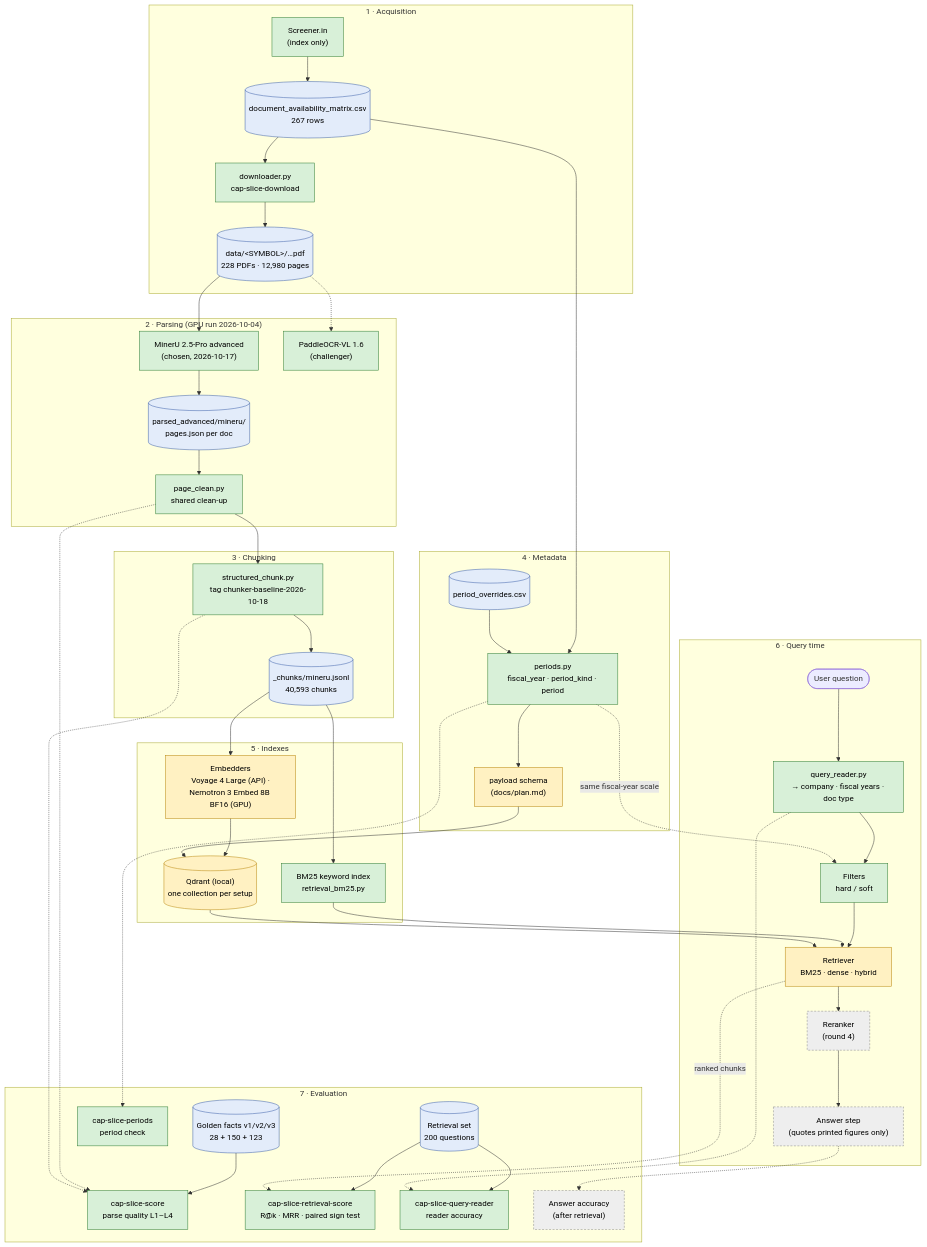
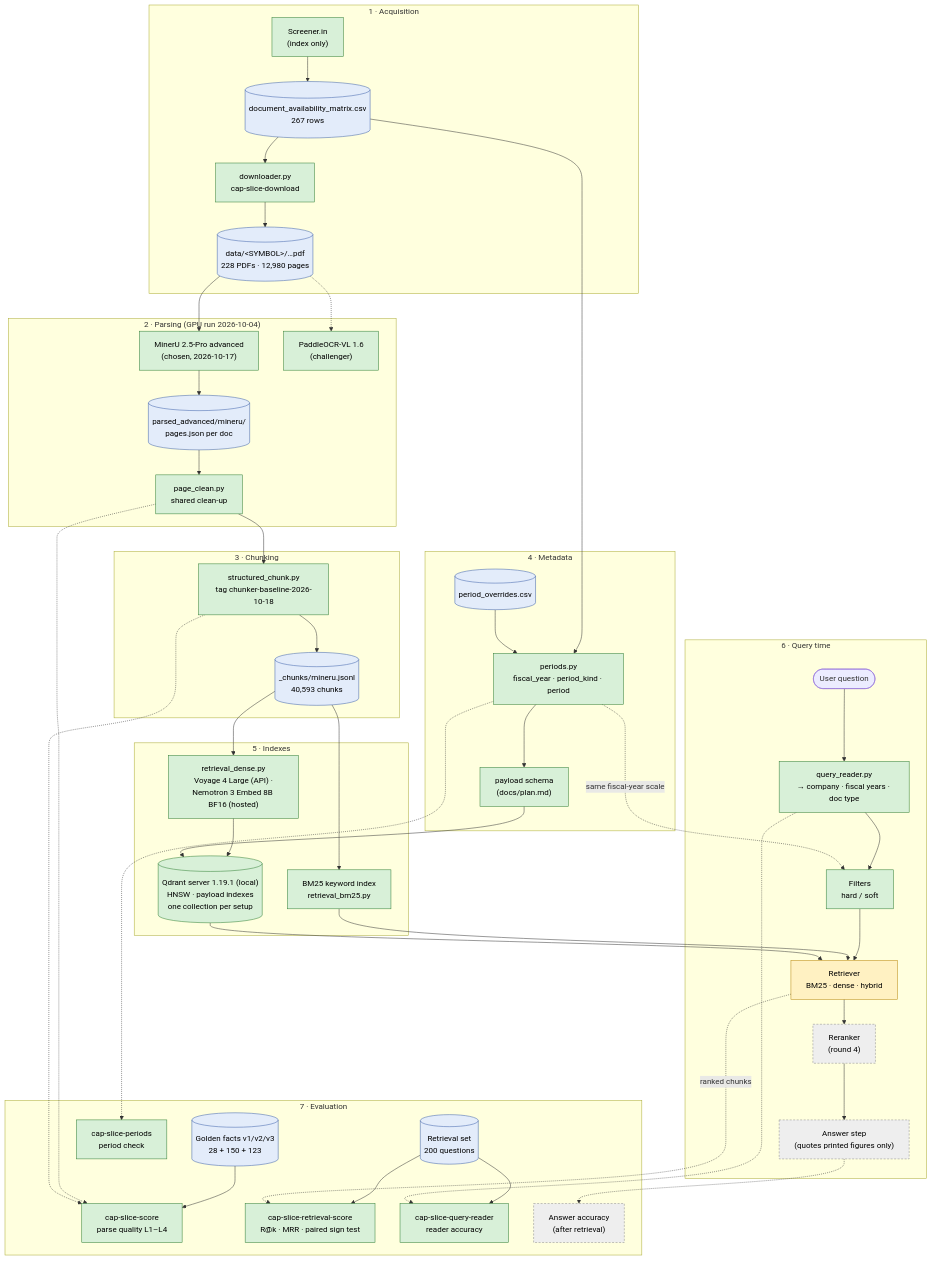
Before and after one commit to Tamil-Selvan-Murugesan/cap-slice: the diagram in docs/architecture.md, drawn with Mermaid. The commit also changed other lines of this file and 47 other files, not shown here.

Commit message:
Round 1: Voyage 4 Large dense retrieval on a local Qdrant server

```diff
--- a/docs/architecture.md
+++ b/docs/architecture.md
@@ -46,8 +46,8 @@
 
     subgraph INDEX["5 · Indexes"]
         BM["BM25 keyword index<br/>retrieval_bm25.py"]
-        EMB["Embedders<br/>Voyage 4 Large (API) ·<br/>Nemotron 3 Embed 8B BF16 (GPU)"]
-        QD[("Qdrant (local)<br/>one collection per setup")]
+        EMB["retrieval_dense.py<br/>Voyage 4 Large (API) ·<br/>Nemotron 3 Embed 8B BF16 (hosted)"]
+        QD[("Qdrant server 1.19.1 (local)<br/>HNSW · payload indexes<br/>one collection per setup")]
         CORP --> BM
         CORP --> EMB --> QD
         PAY --> QD
@@ -87,7 +87,7 @@
     ANS -.-> ANE
 
     class SCR,DL,MIN,PAD,CLEAN,SC,PER,BM,QR,FIL,PSC,RSC,PCK,QRE done
-    class EMB,QD,PAY next
+    class EMB,QD,PAY done
     class RR,ANS,ANE planned
     class MAT,PDF,CACHE,CORP,OVR,GOLD,RQ data
     class RET next
```
